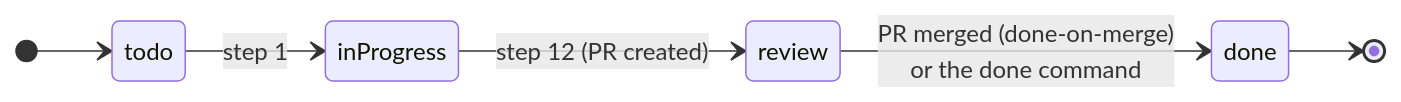
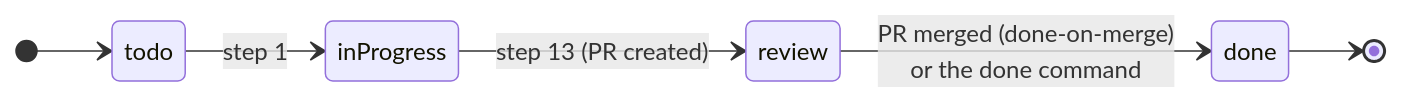
Before and after one commit to Tiennd0502/claude-turbo-workflow: the second of 3 diagrams in docs/workflow.md, drawn with Mermaid. The commit also changed other lines of this file and 23 other files, not shown here.

````diff
--- a/docs/workflow.md
+++ b/docs/workflow.md
@@ -58,9 +63,9 @@
 ```mermaid
 stateDiagram-v2
     direction LR
     [*] --> todo
     todo --> inProgress: step 1
-    inProgress --> review: step 12 (PR created)
+    inProgress --> review: step 13 (PR created)
     review --> done: PR merged (done-on-merge)<br/>or the done command
     done --> [*]
 ```
````
